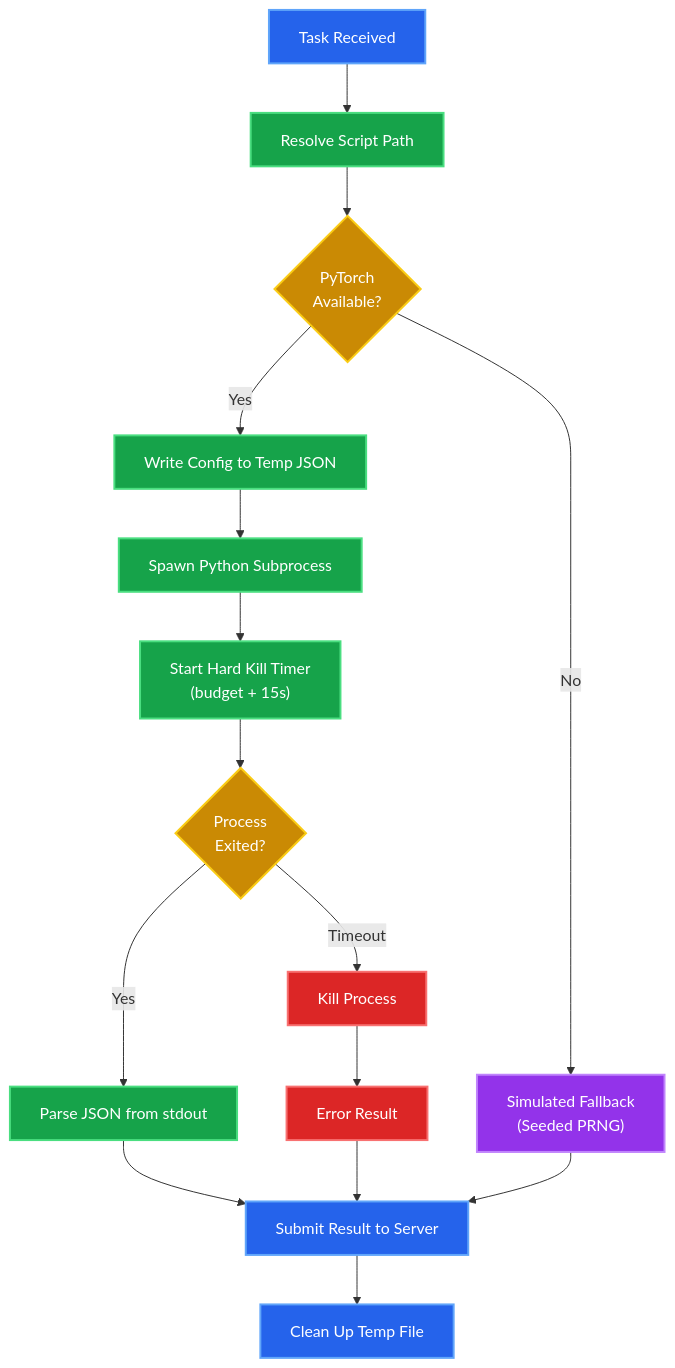
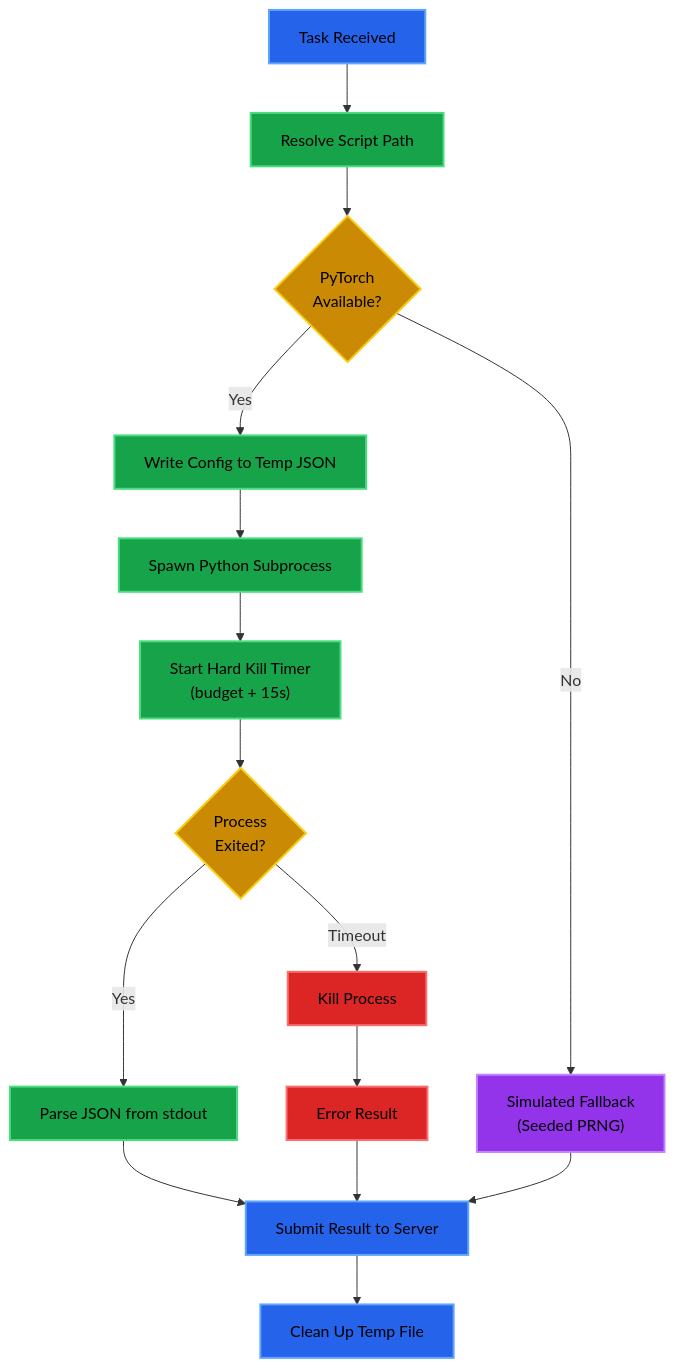
The second of 2 diagrams in docs/training-pipeline.md (xeeva/XeeNet), drawn with Mermaid before and after one commit. The commit also changed other lines of this file and 4 other files, not shown here.

First line of the commit message:
Force black text in Mermaid nodes via theme config and inline styles

```diff
--- a/docs/training-pipeline.md
+++ b/docs/training-pipeline.md
@@ -243,31 +243,31 @@
   <div class="mermaid">
   flowchart TD
     START["Task Received"] --> RESOLVE["Resolve Script Path"]
     RESOLVE --> CHECK{"PyTorch<br/>Available?"}
     CHECK -->|"Yes"| WRITE["Write Config to Temp JSON"]
     CHECK -->|"No"| SIM["Simulated Fallback<br/>(Seeded PRNG)"]
     WRITE --> SPAWN["Spawn Python Subprocess"]
     SPAWN --> TIMER["Start Hard Kill Timer<br/>(budget + 15s)"]
     TIMER --> WAIT{"Process<br/>Exited?"}
     WAIT -->|"Yes"| PARSE["Parse JSON from stdout"]
     WAIT -->|"Timeout"| KILL["Kill Process"]
     KILL --> ERROR["Error Result"]
     PARSE --> SUBMIT["Submit Result to Server"]
     SIM --> SUBMIT
     ERROR --> SUBMIT
     SUBMIT --> CLEAN["Clean Up Temp File"]
 
-    style START fill:#2563eb,stroke:#60a5fa,stroke-width:2px,color:#fff
-    style RESOLVE fill:#16a34a,stroke:#4ade80,stroke-width:2px,color:#fff
-    style CHECK fill:#ca8a04,stroke:#facc15,stroke-width:2px,color:#fff
-    style WRITE fill:#16a34a,stroke:#4ade80,stroke-width:2px,color:#fff
-    style SPAWN fill:#16a34a,stroke:#4ade80,stroke-width:2px,color:#fff
-    style TIMER fill:#16a34a,stroke:#4ade80,stroke-width:2px,color:#fff
-    style WAIT fill:#ca8a04,stroke:#facc15,stroke-width:2px,color:#fff
-    style PARSE fill:#16a34a,stroke:#4ade80,stroke-width:2px,color:#fff
-    style KILL fill:#dc2626,stroke:#f87171,stroke-width:2px,color:#fff
-    style ERROR fill:#dc2626,stroke:#f87171,stroke-width:2px,color:#fff
-    style SIM fill:#9333ea,stroke:#c084fc,stroke-width:2px,color:#fff
-    style SUBMIT fill:#2563eb,stroke:#60a5fa,stroke-width:2px,color:#fff
-    style CLEAN fill:#2563eb,stroke:#60a5fa,stroke-width:2px,color:#fff
+    style START fill:#2563eb,stroke:#60a5fa,stroke-width:2px,color:#000
+    style RESOLVE fill:#16a34a,stroke:#4ade80,stroke-width:2px,color:#000
+    style CHECK fill:#ca8a04,stroke:#facc15,stroke-width:2px,color:#000
+    style WRITE fill:#16a34a,stroke:#4ade80,stroke-width:2px,color:#000
+    style SPAWN fill:#16a34a,stroke:#4ade80,stroke-width:2px,color:#000
+    style TIMER fill:#16a34a,stroke:#4ade80,stroke-width:2px,color:#000
+    style WAIT fill:#ca8a04,stroke:#facc15,stroke-width:2px,color:#000
+    style PARSE fill:#16a34a,stroke:#4ade80,stroke-width:2px,color:#000
+    style KILL fill:#dc2626,stroke:#f87171,stroke-width:2px,color:#000
+    style ERROR fill:#dc2626,stroke:#f87171,stroke-width:2px,color:#000
+    style SIM fill:#9333ea,stroke:#c084fc,stroke-width:2px,color:#000
+    style SUBMIT fill:#2563eb,stroke:#60a5fa,stroke-width:2px,color:#000
+    style CLEAN fill:#2563eb,stroke:#60a5fa,stroke-width:2px,color:#000
   </div>
```
